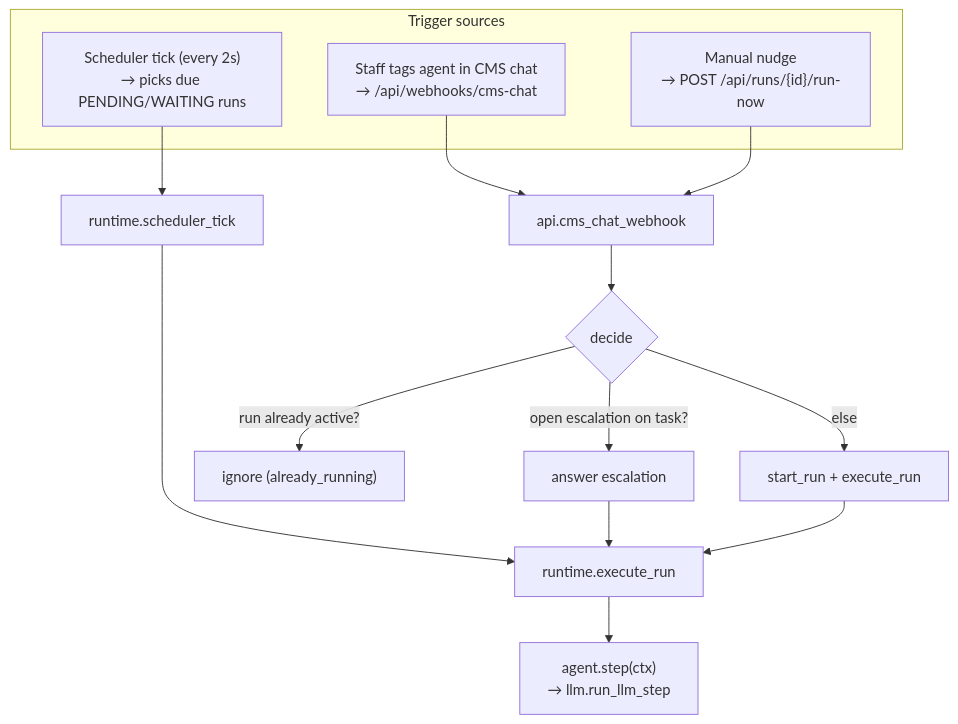
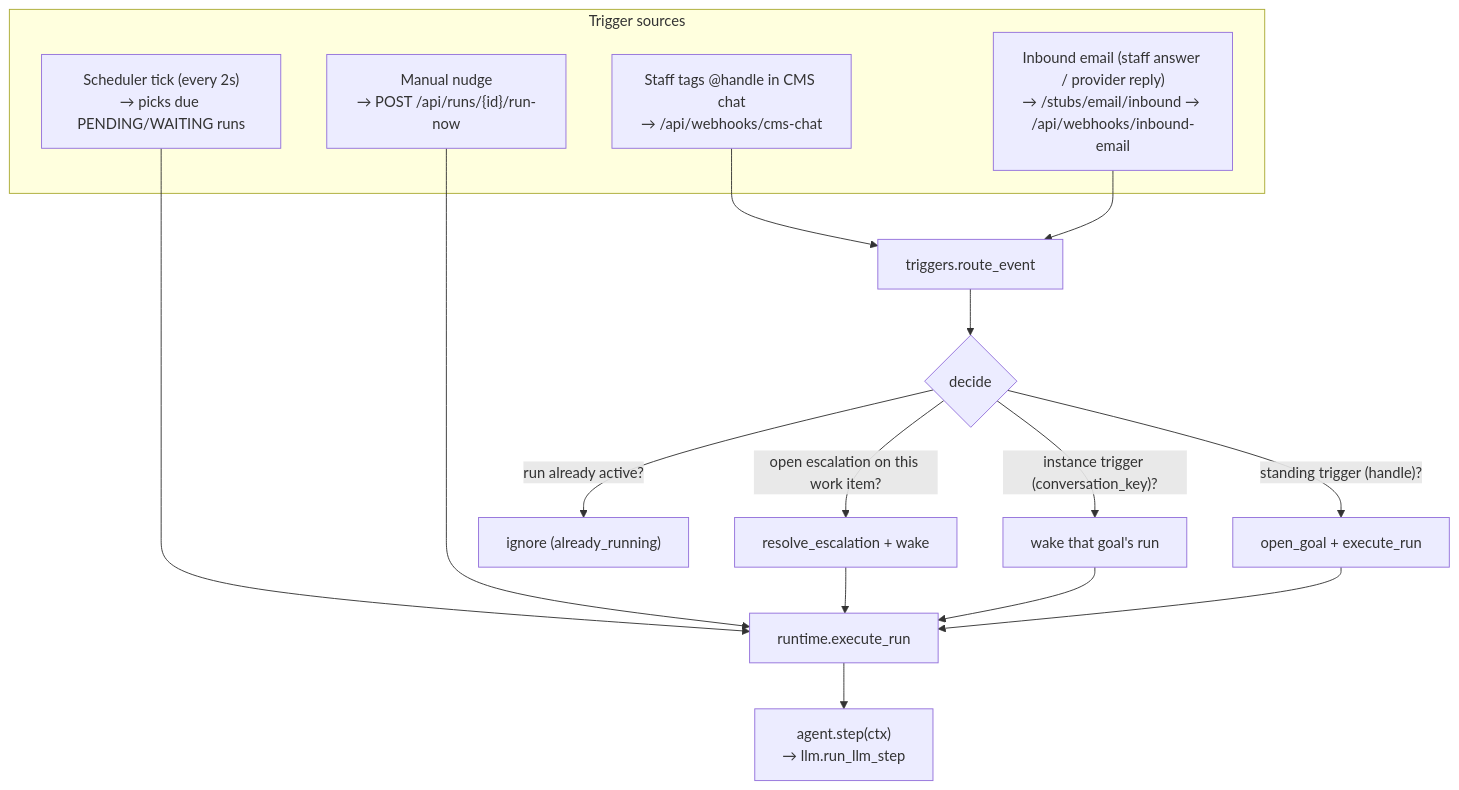
Before and after one commit to rehanvipin/aigent-dploy: the fourth of 8 diagrams in GUIDE.md, drawn with Mermaid. The commit also changed other lines of this file and 30 other files, not shown here.

Commit message:
redesign architecture

````diff
--- a/GUIDE.md
+++ b/GUIDE.md
@@ -194,22 +278,24 @@
 ```mermaid
 flowchart TD
     subgraph T["Trigger sources"]
-        W["Staff tags agent in CMS chat\n→ /api/webhooks/cms-chat"]
+        W["Staff tags @handle in CMS chat\n→ /api/webhooks/cms-chat"]
+        E["Inbound email (staff answer / provider reply)\n→ /stubs/email/inbound → /api/webhooks/inbound-email"]
         S["Scheduler tick (every 2s)\n→ picks due PENDING/WAITING runs"]
         R["Manual nudge\n→ POST /api/runs/{id}/run-now"]
     end
 
-    W --> API["api.cms_chat_webhook"]
-    S --> TICK["runtime.scheduler_tick"]
-    R --> API
+    W --> ROUTE["triggers.route_event"]
+    E --> ROUTE
+    ROUTE --> G{"decide"}
+    G -- "open escalation on this work item?" --> RES["resolve_escalation + wake"]
+    G -- "instance trigger (conversation_key)?" --> WAKE["wake that goal's run"]
+    G -- "run already active?" --> SKIP["ignore (already_running)"]
+    G -- "standing trigger (handle)?" --> OPEN["open_goal + execute_run"]
 
-    API --> G{"decide"}
-    G -- "open escalation on task?" --> RES["answer escalation"]
-    G -- "run already active?" --> SKIP["ignore (already_running)"]
-    G -- "else" --> START["start_run + execute_run"]
-
-    TICK --> EXEC
+    S --> EXEC["runtime.execute_run"]
+    R --> EXEC
     RES --> EXEC
-    START --> EXEC["runtime.execute_run"]
+    WAKE --> EXEC
+    OPEN --> EXEC
     EXEC --> STEP["agent.step(ctx)\n→ llm.run_llm_step"]
 ```
````
